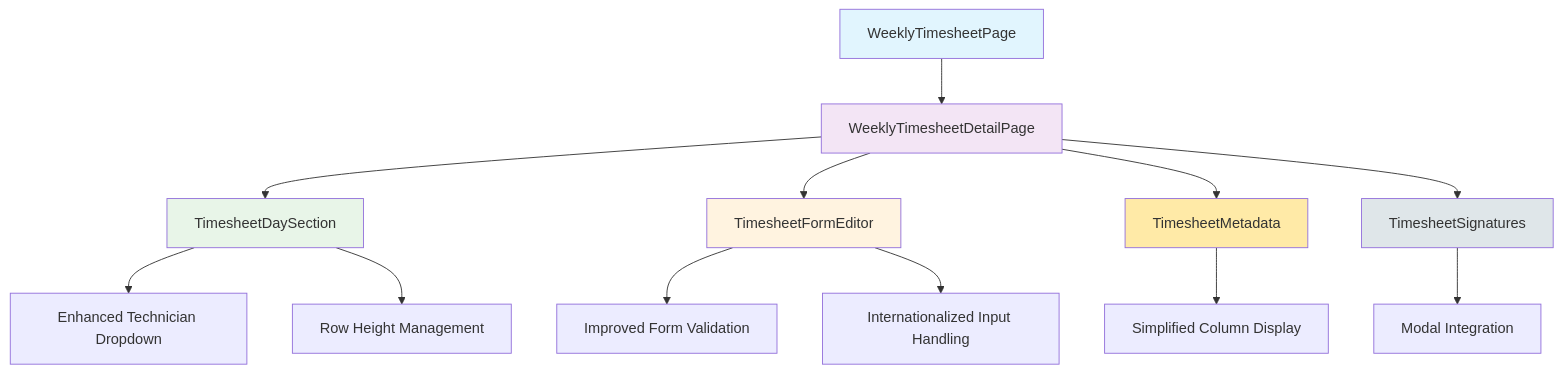
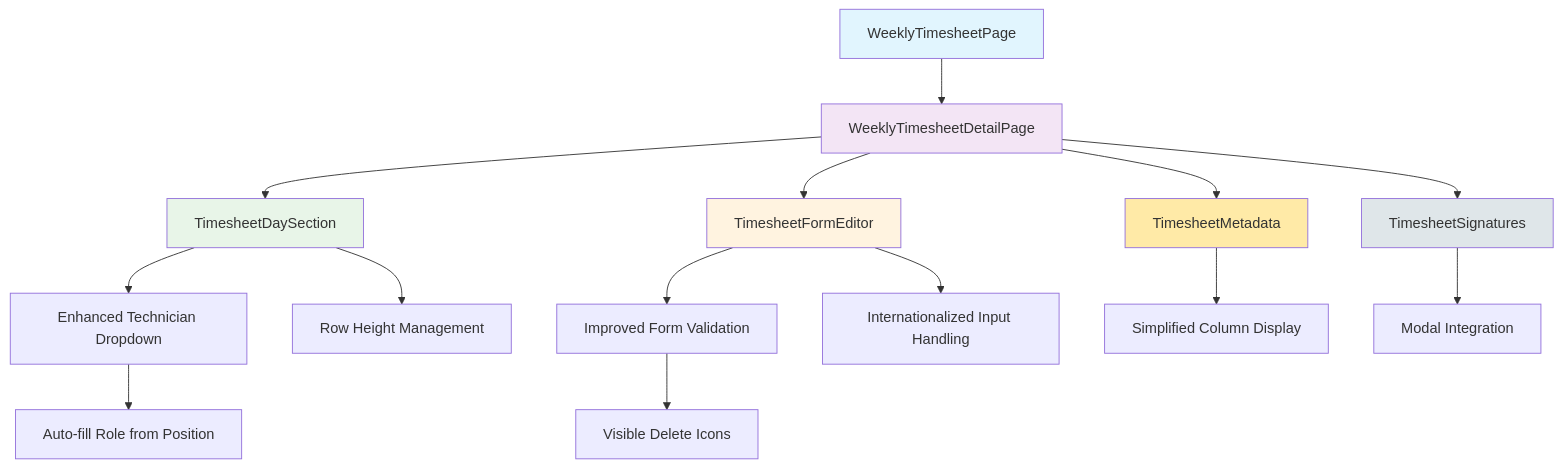
The diagram in .qoder/repowiki/en/content/Arquitetura Frontend/Timesheet Semanal - Interface Frontend.md (RobertRuas/windlog), drawn with Mermaid before and after one commit. The commit also changed other lines of this file and 12 other files, not shown here.

````diff
--- a/.qoder/repowiki/en/content/Arquitetura Frontend/Timesheet Semanal - Interface Frontend.md
+++ b/.qoder/repowiki/en/content/Arquitetura Frontend/Timesheet Semanal - Interface Frontend.md
@@ -39,20 +42,22 @@
 ```mermaid
 graph TD
 A[WeeklyTimesheetPage] --> B[WeeklyTimesheetDetailPage]
 B --> C[TimesheetDaySection]
 B --> D[TimesheetFormEditor]
 B --> E[TimesheetMetadata]
 B --> F[TimesheetSignatures]
 C --> G[Enhanced Technician Dropdown]
 D --> H[Improved Form Validation]
 C --> I[Row Height Management]
 D --> J[Internationalized Input Handling]
 E --> K[Simplified Column Display]
 F --> L[Modal Integration]
+G --> M[Auto-fill Role from Position]
+H --> N[Visible Delete Icons]
 style A fill:#e1f5fe
 style B fill:#f3e5f5
 style C fill:#e8f5e8
 style D fill:#fff3e0
 style E fill:#ffeaa7
 style F fill:#dfe6e9
 ```
````
